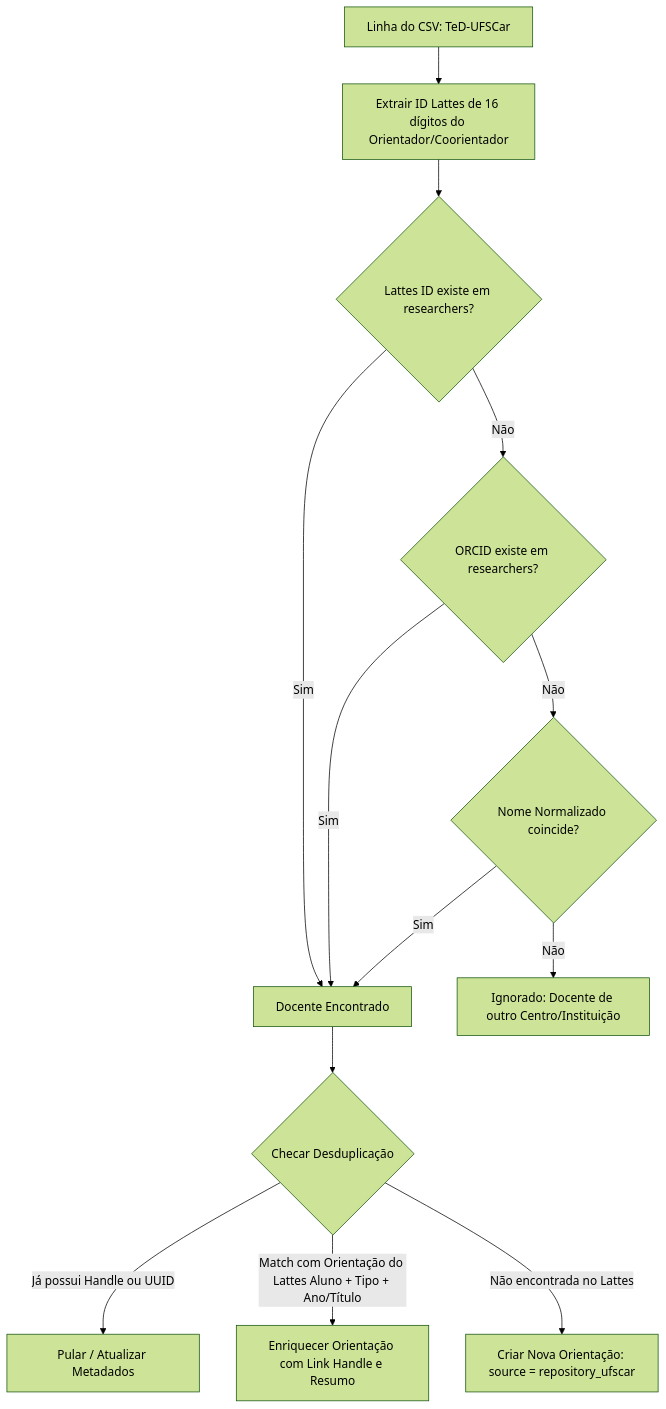
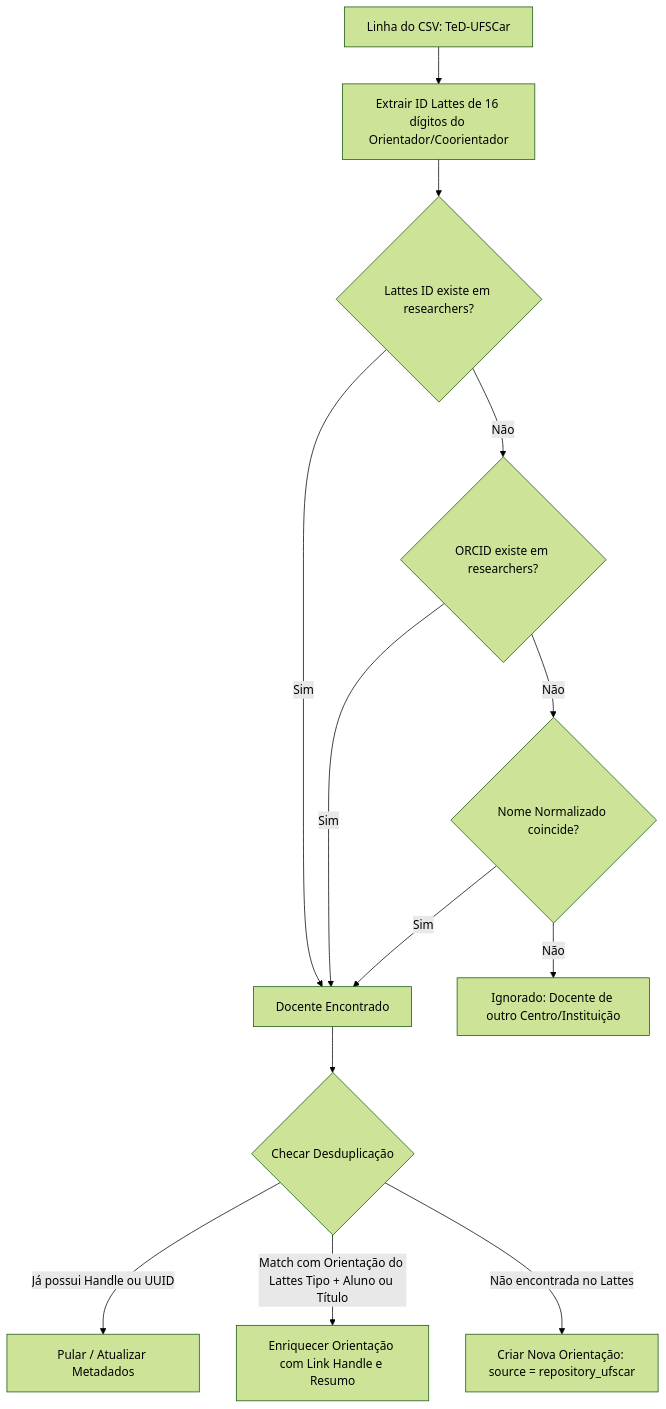
The diagram in docs/REPOSITORY_IMPORT.md (JonasPoli/ufscar-cech), drawn with Mermaid (forest theme) before and after one commit. The commit also changed other lines of this file and 16 other files, not shown here.

````diff
--- a/docs/REPOSITORY_IMPORT.md
+++ b/docs/REPOSITORY_IMPORT.md
@@ -53,16 +53,16 @@
 ```mermaid
 flowchart TD
     A[Linha do CSV: TeD-UFSCar] --> B[Extrair ID Lattes de 16 dígitos do Orientador/Coorientador]
     B --> C{Lattes ID existe em researchers?}
     C -- Sim --> D[Docente Encontrado]
     C -- Não --> E{ORCID existe em researchers?}
     E -- Sim --> D
     E -- Não --> F{Nome Normalizado coincide?}
     F -- Sim --> D
     F -- Não --> G[Ignorado: Docente de outro Centro/Instituição]
 
     D --> H{Checar Desduplicação}
     H -- Já possui Handle ou UUID --> I[Pular / Atualizar Metadados]
-    H -- Match com Orientação do Lattes Aluno + Tipo + Ano/Título --> J[Enriquecer Orientação com Link Handle e Resumo]
+    H -- Match com Orientação do Lattes Tipo + Aluno ou Título --> J[Enriquecer Orientação com Link Handle e Resumo]
     H -- Não encontrada no Lattes --> K[Criar Nova Orientação: source = repository_ufscar]
 ```
````
